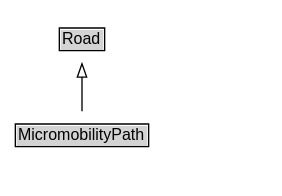
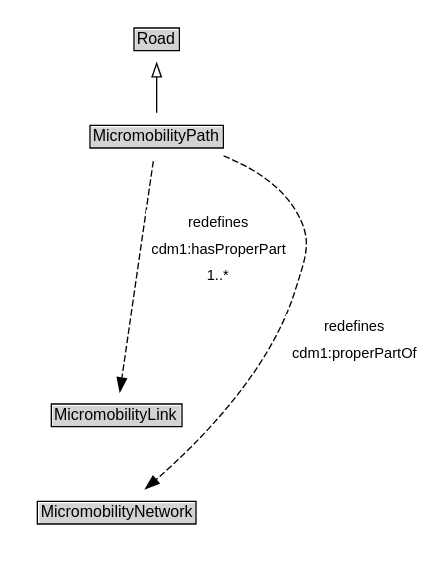
Before and after one commit to ISO-TC204/ontology-cdm-p3-v1: the diagram in docs/diagrams/MicromobilityPath.dot, drawn with Graphviz. The commit also changed 348 other files, not shown here.

```diff
--- a/docs/diagrams/MicromobilityPath.dot
+++ b/docs/diagrams/MicromobilityPath.dot
@@ -1,16 +1,28 @@
 // Diagram for MicromobilityPath
 digraph {
 	graph [overlap=false rankdir=TB splines=true]
 	node [fontname=Arial fontsize=12 margin=0 shape=none]
 	edge [fontname=Arial fontsize=11]
 	{
+		rank=source
+		Road [label=<<TABLE BORDER="1" CELLBORDER="0" CELLSPACING="0" CELLPADDING="1"><TR><TD BGCOLOR="lightgray" ALIGN="CENTER">Road</TD></TR></TABLE>> URL="../Road" margin=0]
+	}
+	MicromobilityPath [label=<<TABLE BORDER="1" CELLBORDER="0" CELLSPACING="0" CELLPADDING="1"><TR><TD BGCOLOR="lightgray" ALIGN="CENTER">MicromobilityPath</TD></TR></TABLE>> URL="../MicromobilityPath" margin=0]
+	{
 		rank=max
-		MicromobilityPath [label=<<TABLE BORDER="1" CELLBORDER="0" CELLSPACING="0" CELLPADDING="1"><TR><TD BGCOLOR="lightgray" ALIGN="CENTER" PORT="e">MicromobilityPath</TD></TR></TABLE>> URL="../MicromobilityPath.md" margin=0]
 	}
 	subgraph cluster_associated {
 		label="" style=invis
 		Invis [label=<<TABLE BORDER="0" CELLBORDER="0" CELLSPACING="0" CELLPADDING="1"><TR><TD></TD></TR></TABLE>> margin=0 style=invis]
+		MicromobilityLink [label=<<TABLE BORDER="1" CELLBORDER="0" CELLSPACING="0" CELLPADDING="1"><TR><TD BGCOLOR="lightgray" ALIGN="CENTER">MicromobilityLink</TD></TR></TABLE>> URL="../MicromobilityLink" margin=0]
+		MicromobilityNetwork [label=<<TABLE BORDER="1" CELLBORDER="0" CELLSPACING="0" CELLPADDING="1"><TR><TD BGCOLOR="lightgray" ALIGN="CENTER">MicromobilityNetwork</TD></TR></TABLE>> URL="../MicromobilityNetwork" margin=0]
 	}
-	Road [label=<<TABLE BORDER="1" CELLBORDER="0" CELLSPACING="0" CELLPADDING="1"><TR><TD BGCOLOR="lightgray" ALIGN="CENTER">Road</TD></TR></TABLE>> URL="../Road.md" margin=0]
 	MicromobilityPath -> Road [arrowhead=onormal style=solid]
+	MicromobilityPath -> Invis [style=invis]
+	Invis -> MicromobilityLink [style=invis]
+	MicromobilityLink -> MicromobilityNetwork [style=invis]
+	MicromobilityLink [label=<<TABLE BORDER="1" CELLBORDER="0" CELLSPACING="0" CELLPADDING="1"><TR><TD BGCOLOR="lightgray" ALIGN="CENTER">MicromobilityLink</TD></TR></TABLE>> URL="../MicromobilityLink" margin=0]
+	MicromobilityPath -> MicromobilityLink [label=<<TABLE BORDER="0" CELLBORDER="0" CELLSPACING="0" CELLPADDING="4" BGCOLOR="white"><TR><TD ALIGN="CENTER">redefines</TD></TR><TR><TD ALIGN="CENTER">cdm1:hasProperPart</TD></TR><TR><TD ALIGN="CENTER">1..*</TD></TR></TABLE>> arrowhead=normal style=dashed]
+	MicromobilityNetwork [label=<<TABLE BORDER="1" CELLBORDER="0" CELLSPACING="0" CELLPADDING="1"><TR><TD BGCOLOR="lightgray" ALIGN="CENTER">MicromobilityNetwork</TD></TR></TABLE>> URL="../MicromobilityNetwork" margin=0]
+	MicromobilityPath -> MicromobilityNetwork [label=<<TABLE BORDER="0" CELLBORDER="0" CELLSPACING="0" CELLPADDING="4" BGCOLOR="white"><TR><TD ALIGN="CENTER">redefines</TD></TR><TR><TD ALIGN="CENTER">cdm1:properPartOf</TD></TR></TABLE>> arrowhead=normal style=dashed]
 }
```
